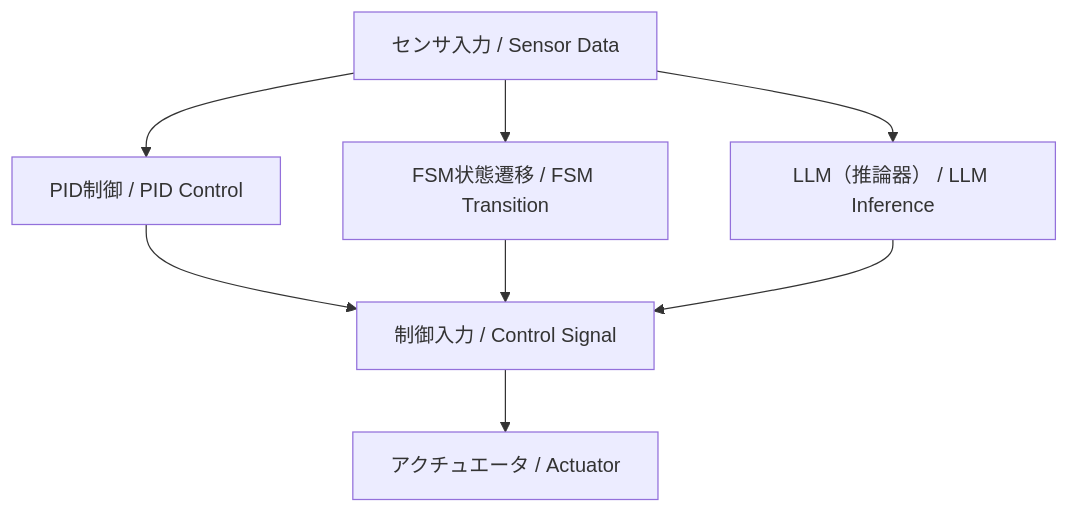
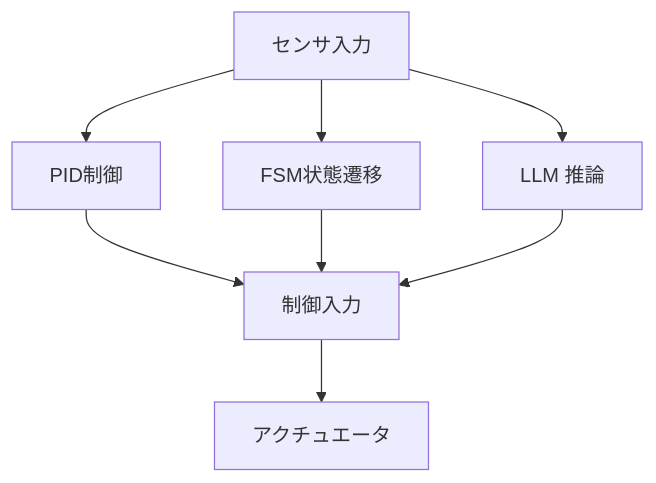
The diagram in part09_llm_hybrid/theory/01_fsm_pid_llm.md (Samizo-AITL/EduController), drawn with Mermaid before and after one commit. The commit also changed other lines of this file, not shown here.

````diff
--- a/part09_llm_hybrid/theory/01_fsm_pid_llm.md
+++ b/part09_llm_hybrid/theory/01_fsm_pid_llm.md
@@ -104,12 +62,12 @@
 ```mermaid
 flowchart TB
-    S[センサ入力 / Sensor Data] --> P[PID制御 / PID Control]
-    S --> F[FSM状態遷移 / FSM Transition]
-    S --> L[LLM（推論器） / LLM Inference]
+    S[センサ入力] --> P[PID制御]
+    S --> F[FSM状態遷移]
+    S --> L[LLM 推論]
 
-    P --> U[制御入力 / Control Signal]
+    P --> U[制御入力]
     F --> U
     L --> U
 
-    U --> A[アクチュエータ / Actuator]
+    U --> A[アクチュエータ]
 ```
````
